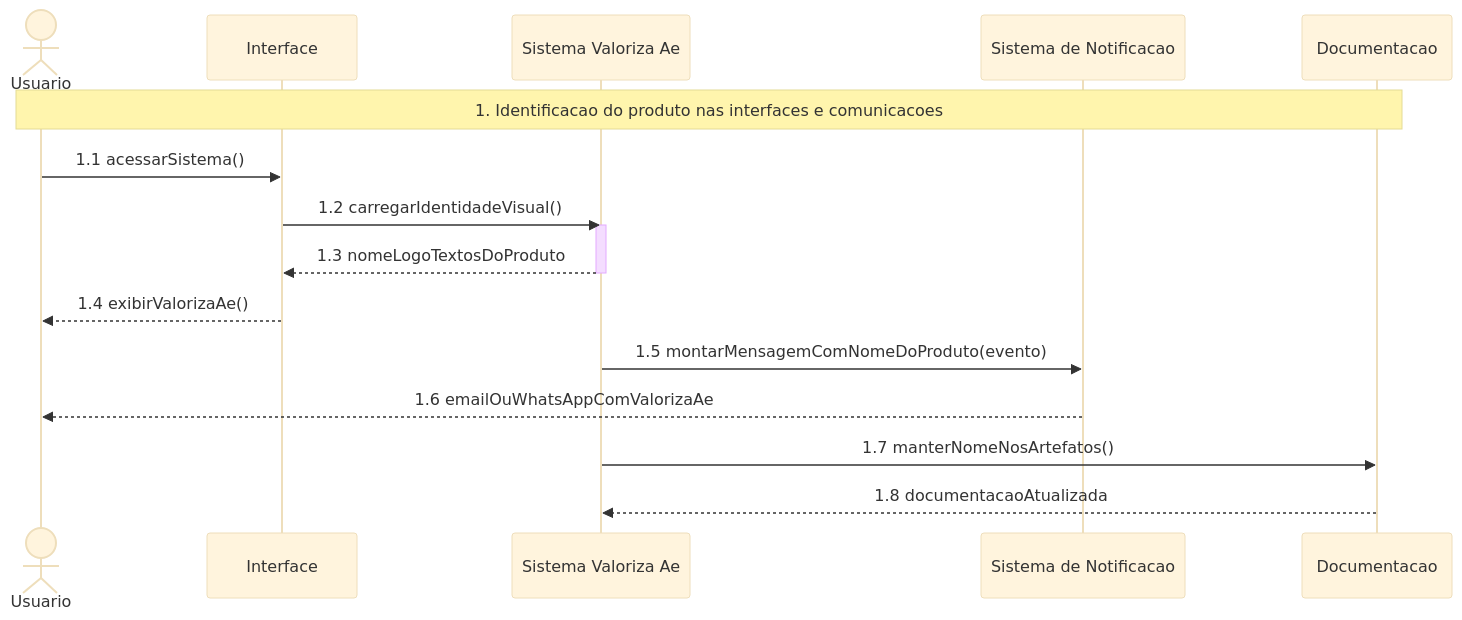
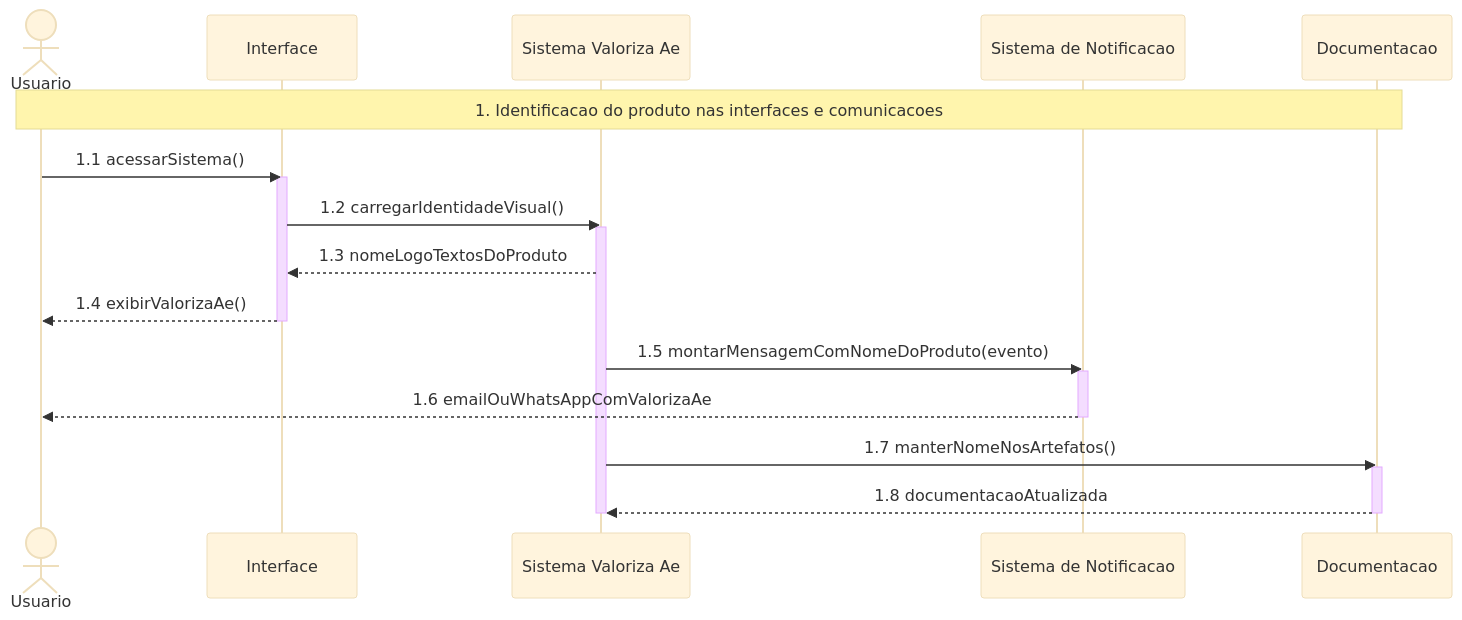
Before and after one commit to Pedroh26ES/Sistema-De-Moedas-Java: the diagram in Artefatos/DiagramaDeSequencia/DiagramaDeSequencia-RF-01-identificacao-produto.md, drawn with Mermaid (base theme). The commit also changed 17 other files, not shown here.

````diff
--- a/Artefatos/DiagramaDeSequencia/DiagramaDeSequencia-RF-01-identificacao-produto.md
+++ b/Artefatos/DiagramaDeSequencia/DiagramaDeSequencia-RF-01-identificacao-produto.md
@@ -9,20 +9,26 @@
 ```mermaid
 sequenceDiagram
     actor Usuario
     participant Interface
     participant Sistema as Sistema Valoriza Ae
     participant Notificacao as Sistema de Notificacao
     participant Docs as Documentacao
 
     Note over Usuario,Docs: 1. Identificacao do produto nas interfaces e comunicacoes
     Usuario->>Interface: 1.1 acessarSistema()
+    activate Interface
     Interface->>Sistema: 1.2 carregarIdentidadeVisual()
     activate Sistema
     Sistema-->>Interface: 1.3 nomeLogoTextosDoProduto
+    Interface-->>Usuario: 1.4 exibirValorizaAe()
+    deactivate Interface
+    Sistema->>Notificacao: 1.5 montarMensagemComNomeDoProduto(evento)
+    activate Notificacao
+    Notificacao-->>Usuario: 1.6 emailOuWhatsAppComValorizaAe
+    deactivate Notificacao
+    Sistema->>Docs: 1.7 manterNomeNosArtefatos()
+    activate Docs
+    Docs-->>Sistema: 1.8 documentacaoAtualizada
+    deactivate Docs
     deactivate Sistema
-    Interface-->>Usuario: 1.4 exibirValorizaAe()
-    Sistema->>Notificacao: 1.5 montarMensagemComNomeDoProduto(evento)
-    Notificacao-->>Usuario: 1.6 emailOuWhatsAppComValorizaAe
-    Sistema->>Docs: 1.7 manterNomeNosArtefatos()
-    Docs-->>Sistema: 1.8 documentacaoAtualizada
 ```
````
